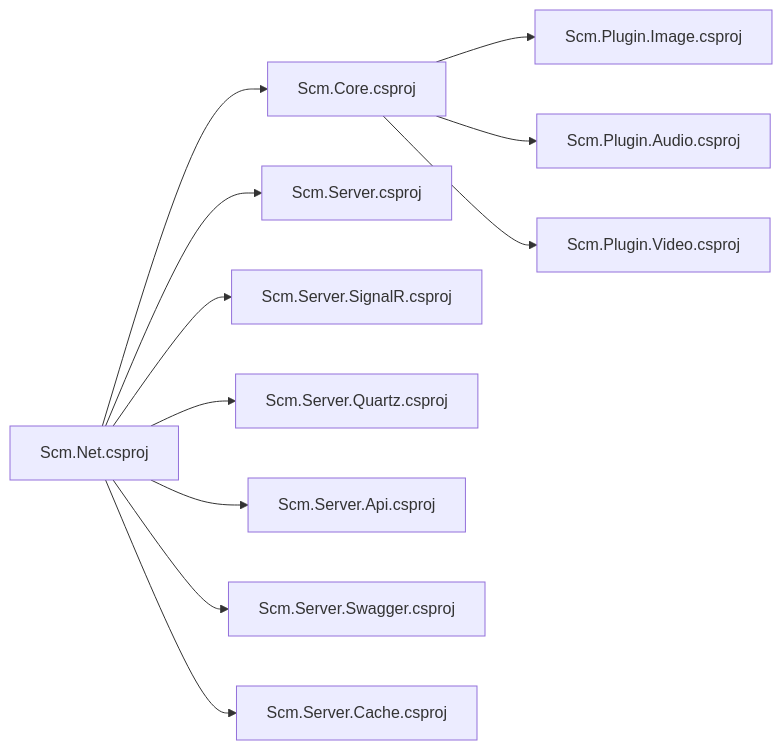
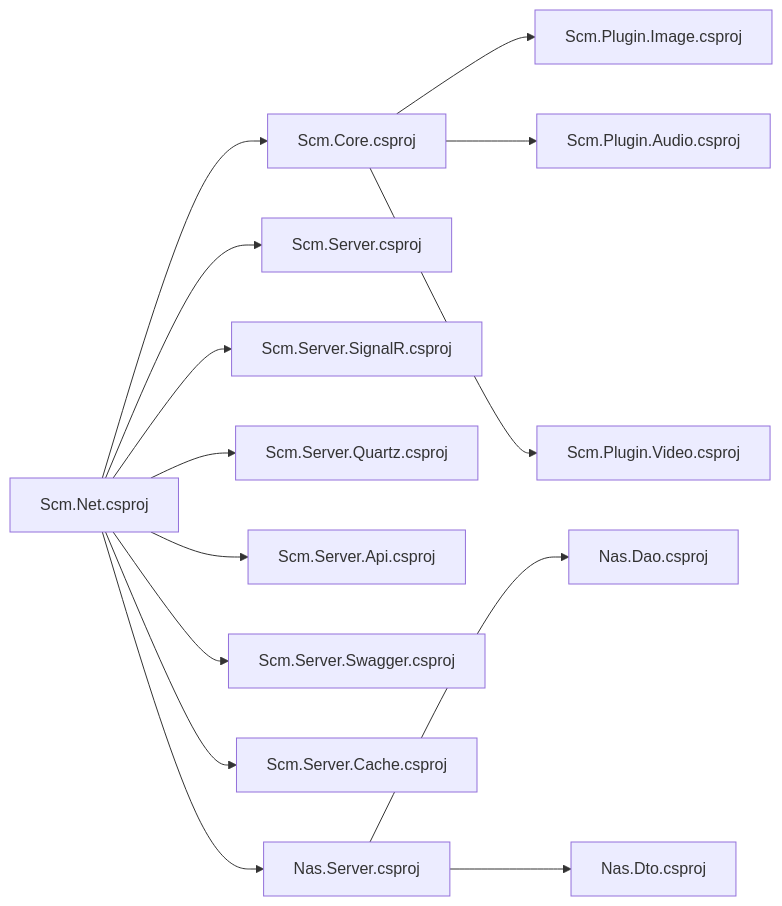
One commit to leadiot/Scm.Net changed the eighth of 8 diagrams in .qoder/repowiki/zh/content/项目概述/项目概述.md. Above: the diagram before and after it, drawn with Mermaid. The commit also changed other lines of this file and 126 other files, not shown here.

````diff
--- a/.qoder/repowiki/zh/content/项目概述/项目概述.md
+++ b/.qoder/repowiki/zh/content/项目概述/项目概述.md
@@ -449,13 +688,16 @@
 ```mermaid
 graph LR
 ScmNet["Scm.Net.csproj"] --> Core["Scm.Core.csproj"]
 ScmNet --> Server["Scm.Server.csproj"]
 ScmNet --> Sig["Scm.Server.SignalR.csproj"]
 ScmNet --> Qrtz["Scm.Server.Quartz.csproj"]
 ScmNet --> Api["Scm.Server.Api.csproj"]
 ScmNet --> Swg["Scm.Server.Swagger.csproj"]
 ScmNet --> Cch["Scm.Server.Cache.csproj"]
+ScmNet --> Nas["Nas.Server.csproj"]
 Core --> PlugImg["Scm.Plugin.Image.csproj"]
 Core --> PlugAud["Scm.Plugin.Audio.csproj"]
 Core --> PlugVid["Scm.Plugin.Video.csproj"]
+Nas --> NasDao["Nas.Dao.csproj"]
+Nas --> NasDto["Nas.Dto.csproj"]
 ```
````
